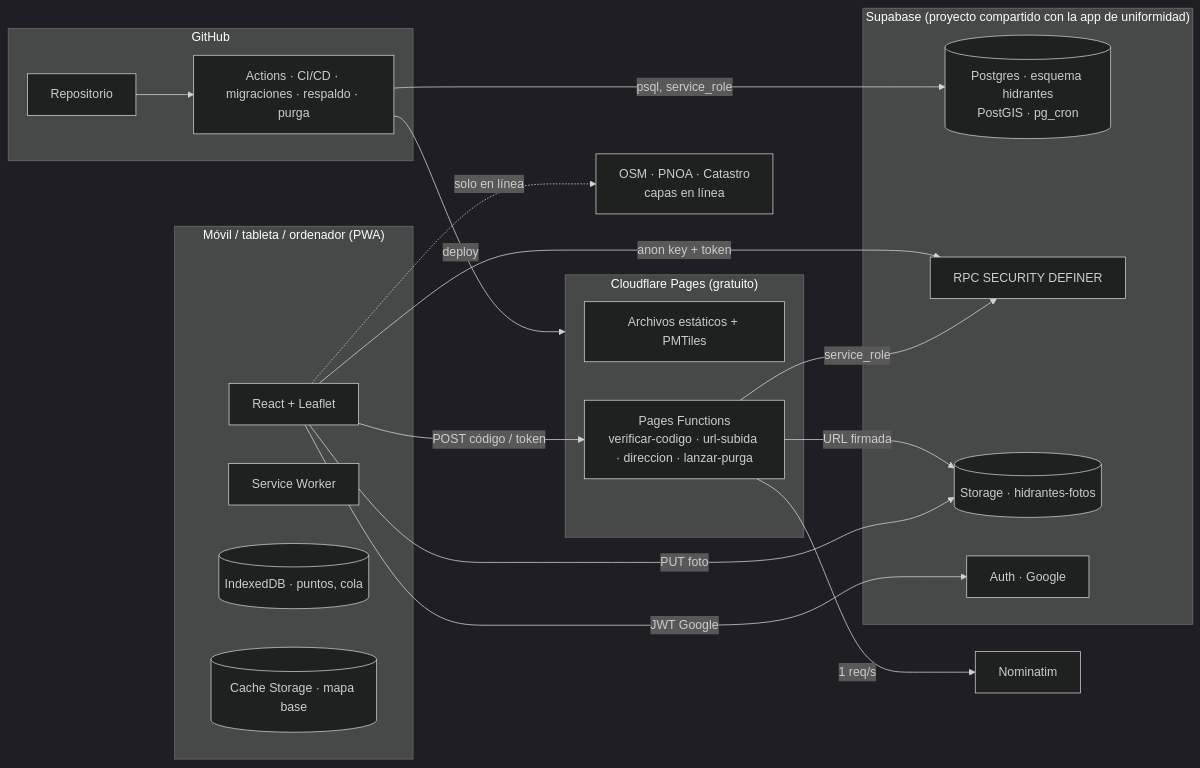
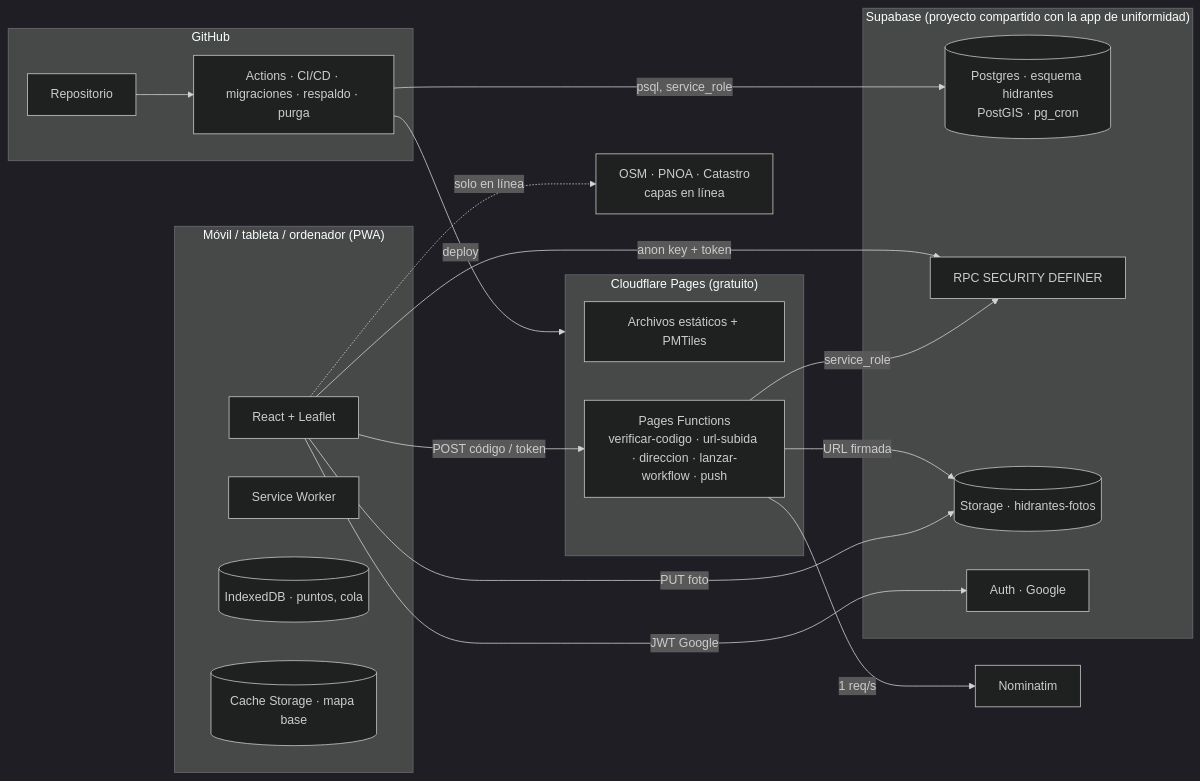
One commit to aron285-coder/hidrantes-albolote changed the first of 3 diagrams in docs/04-arquitectura-e-infraestructura.md. Above: the diagram before and after it, drawn with Mermaid (dark theme). The commit also changed other lines of this file and 33 other files, not shown here.

````diff
--- a/docs/04-arquitectura-e-infraestructura.md
+++ b/docs/04-arquitectura-e-infraestructura.md
@@ -16,37 +16,37 @@
 ```mermaid
 flowchart LR
   subgraph movil["Móvil / tableta / ordenador (PWA)"]
     UI[React + Leaflet]
     SW[Service Worker]
     IDB[(IndexedDB · puntos, cola)]
     CS[(Cache Storage · mapa base)]
   end
   subgraph cf["Cloudflare Pages (gratuito)"]
     EST[Archivos estáticos + PMTiles]
-    PF[Pages Functions<br/>verificar-codigo · url-subida · direccion · lanzar-purga]
+    PF[Pages Functions<br/>verificar-codigo · url-subida · direccion · lanzar-workflow · push]
   end
   subgraph sb["Supabase (proyecto compartido con la app de uniformidad)"]
     PG[(Postgres · esquema hidrantes<br/>PostGIS · pg_cron)]
     RPC[RPC SECURITY DEFINER]
     ST[(Storage · hidrantes-fotos)]
     AU[Auth · Google]
   end
   subgraph gh["GitHub"]
     REPO[Repositorio]
     CI[Actions · CI/CD · migraciones · respaldo · purga]
   end
   EXT1[Nominatim]
   EXT2[OSM · PNOA · Catastro<br/>capas en línea]
 
   UI -- anon key + token --> RPC
   UI -- JWT Google --> AU
   UI -- POST código / token --> PF
   PF -- service_role --> RPC
   PF -- URL firmada --> ST
   UI -- PUT foto --> ST
   PF -- 1 req/s --> EXT1
   UI -. solo en línea .-> EXT2
   CI -- psql, service_role --> PG
   CI -- deploy --> cf
   REPO --> CI
 ```
````
